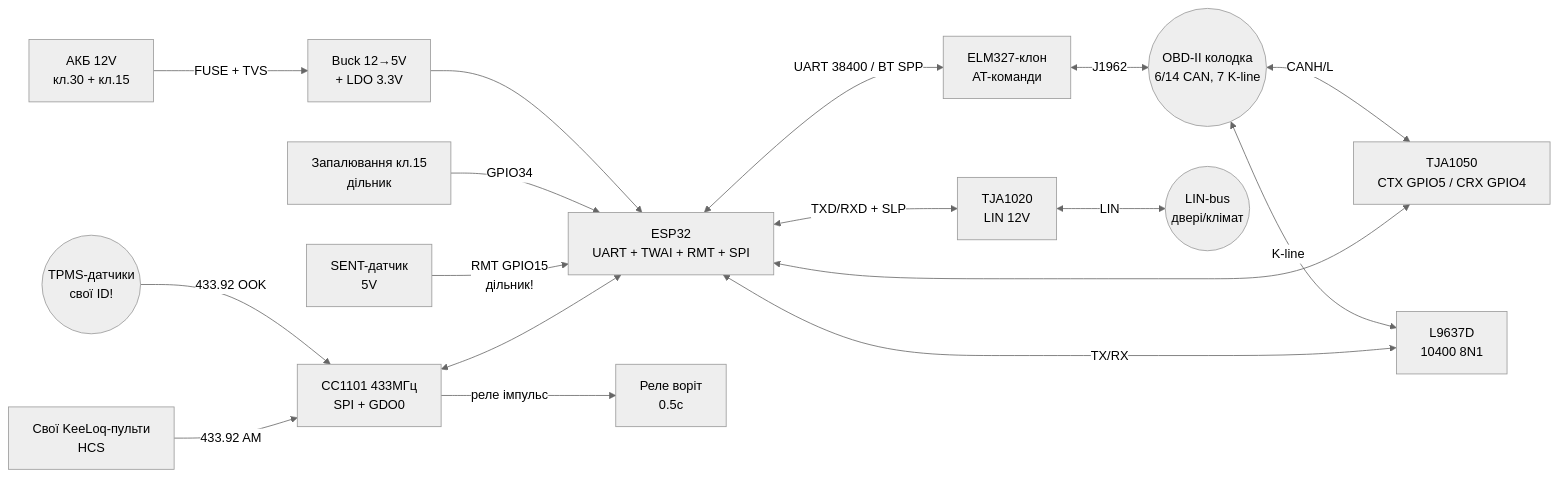
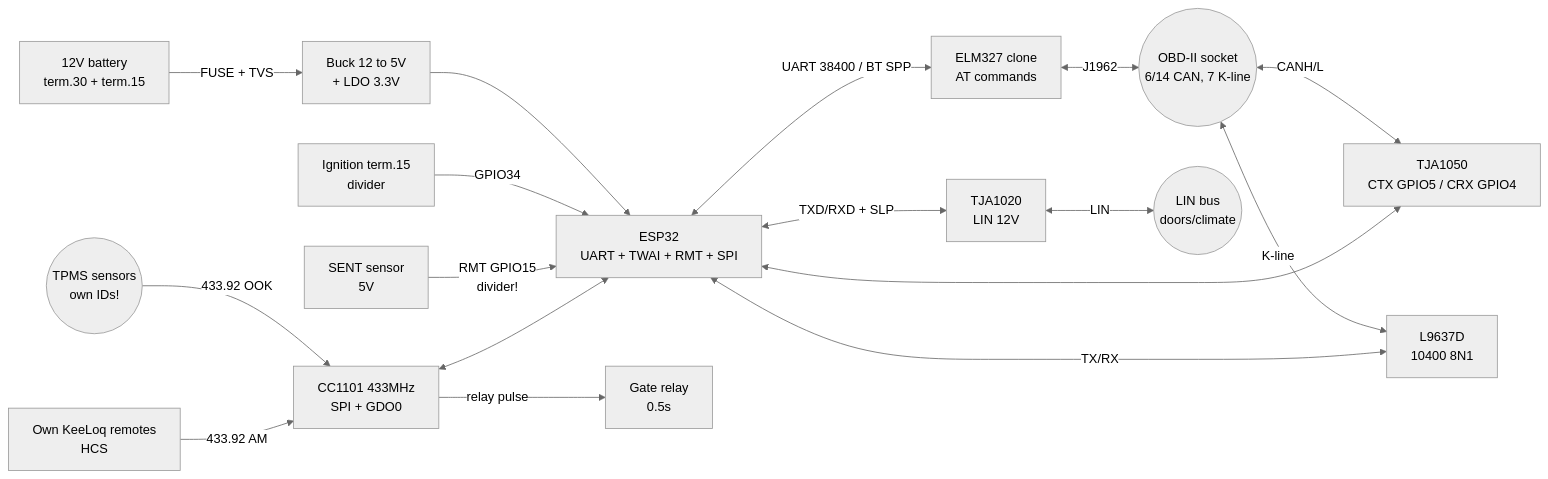
Before and after one commit to ksalab/embedded-reference: the diagram in obsidian_vault/ESP32-Reference/EN/12-Comm-Modules/22-Automotive.en.md, drawn with Mermaid (neutral theme). The commit also changed other lines of this file and 76 other files, not shown here.

````diff
--- a/obsidian_vault/ESP32-Reference/EN/12-Comm-Modules/22-Automotive.en.md
+++ b/obsidian_vault/ESP32-Reference/EN/12-Comm-Modules/22-Automotive.en.md
@@ -477,19 +477,19 @@
 ```mermaid
 graph LR
-    BAT[АКБ 12V<br/>кл.30 + кл.15] -->|FUSE + TVS| BUCK[Buck 12→5V<br/>+ LDO 3.3V]
+    BAT[12V battery<br/>term.30 + term.15] -->|FUSE + TVS| BUCK[Buck 12 to 5V<br/>+ LDO 3.3V]
     BUCK --> ESP32[ESP32<br/>UART + TWAI + RMT + SPI]
-    IGN[Запалювання кл.15<br/>дільник] -->|GPIO34| ESP32
-    ESP32 <-->|UART 38400 / BT SPP| ELM[ELM327-клон<br/>AT-команди]
-    ELM <-->|J1962| OBD((OBD-II колодка<br/>6/14 CAN, 7 K-line))
+    IGN[Ignition term.15<br/>divider] -->|GPIO34| ESP32
+    ESP32 <-->|UART 38400 / BT SPP| ELM[ELM327 clone<br/>AT commands]
+    ELM <-->|J1962| OBD((OBD-II socket<br/>6/14 CAN, 7 K-line))
     OBD <-->|CANH/L| TWAI[TJA1050<br/>CTX GPIO5 / CRX GPIO4]
     TWAI <--> ESP32
     OBD <-->|K-line| L9637[L9637D<br/>10400 8N1]
     L9637 <-->|TX/RX| ESP32
     ESP32 <-->|TXD/RXD + SLP| TJA[TJA1020<br/>LIN 12V]
-    TJA <-->|LIN| LINBUS((LIN-bus<br/>двері/клімат))
-    SENTD[SENT-датчик<br/>5V] -->|RMT GPIO15<br/>дільник!| ESP32
-    CC[CC1101 433МГц<br/>SPI + GDO0] <--> ESP32
-    TPMS((TPMS-датчики<br/>свої ID!)) -->|433.92 OOK| CC
-    KEY[Свої KeeLoq-пульти<br/>HCS] -->|433.92 AM| CC
-    CC -->|реле імпульс| REL[Реле воріт<br/>0.5с]
+    TJA <-->|LIN| LINBUS((LIN bus<br/>doors/climate))
+    SENTD[SENT sensor<br/>5V] -->|RMT GPIO15<br/>divider!| ESP32
+    CC[CC1101 433MHz<br/>SPI + GDO0] <--> ESP32
+    TPMS((TPMS sensors<br/>own IDs!)) -->|433.92 OOK| CC
+    KEY[Own KeeLoq remotes<br/>HCS] -->|433.92 AM| CC
+    CC -->|relay pulse| REL[Gate relay<br/>0.5s]
 ```
````
